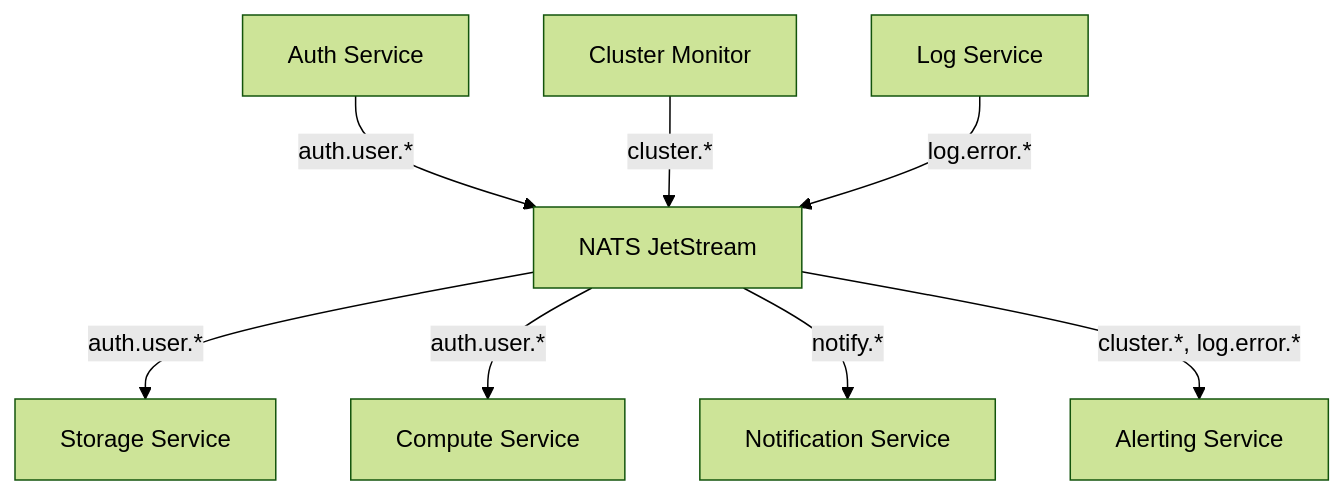
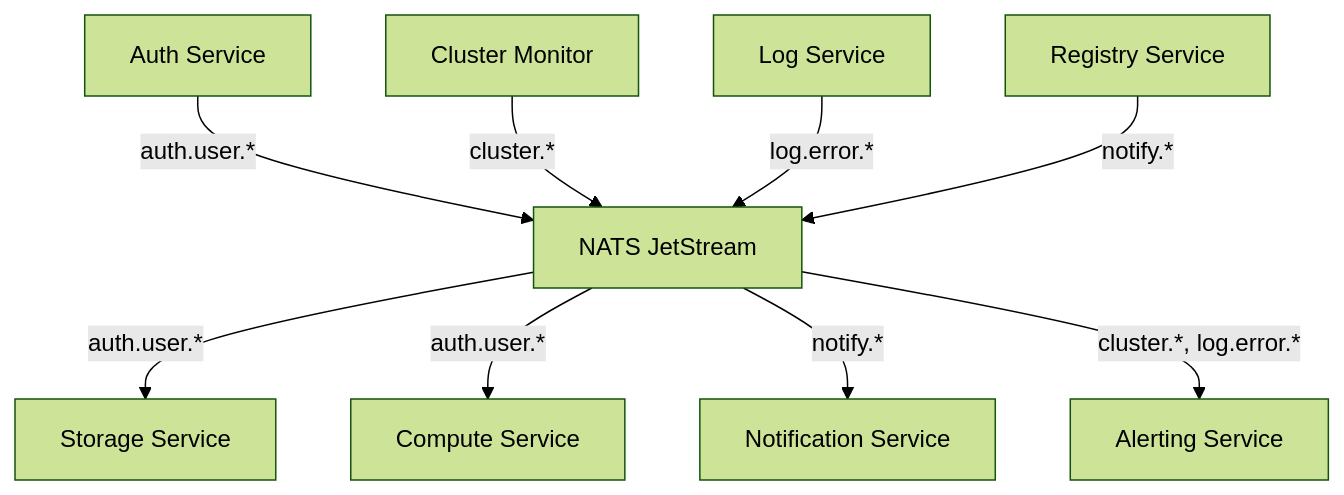
Before and after one commit to EddisonSo/cloud: the second of 2 diagrams in edd-cloud-docs/docs/architecture.md, drawn with Mermaid (forest theme). The commit also changed other lines of this file and 8 other files, not shown here.

Commit message:
feat(registry): add NATS events, proto definitions, K8s deployment, and gateway route

````diff
--- a/edd-cloud-docs/docs/architecture.md
+++ b/edd-cloud-docs/docs/architecture.md
@@ -213,11 +218,12 @@
 ```mermaid
 flowchart TB
     Auth[Auth Service] -->|auth.user.*| NATS[NATS JetStream]
     ClusterMon[Cluster Monitor] -->|cluster.*| NATS
     LogSvc[Log Service] -->|log.error.*| NATS
+    Registry[Registry Service] -->|notify.*| NATS
 
     NATS -->|auth.user.*| SFS[Storage Service]
     NATS -->|auth.user.*| Compute[Compute Service]
     NATS -->|notify.*| Notif[Notification Service]
     NATS -->|cluster.*, log.error.*| Alerting[Alerting Service]
 ```
````
